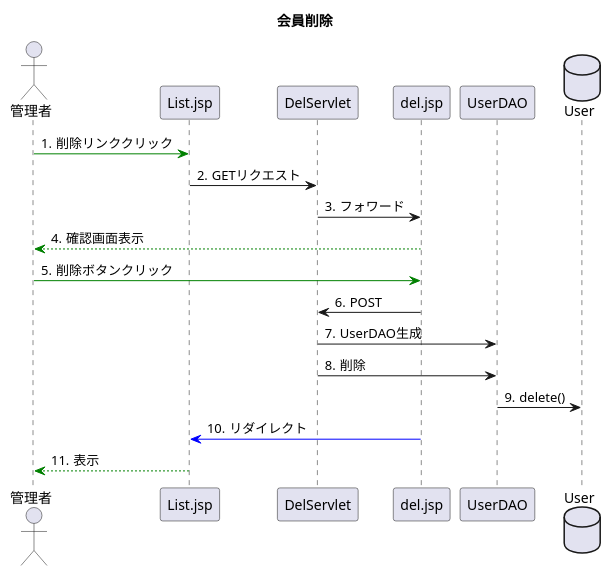
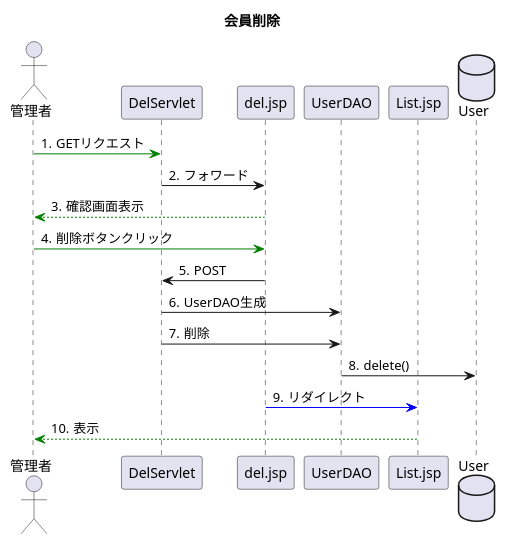
One commit to toufu66/ProjectC changed the diagram in uml_detail/seq_del.pu. Above: the diagram before and after it, drawn with PlantUML.

Commit message:
詳細シーケンス

```diff
--- a/uml_detail/seq_del.pu
+++ b/uml_detail/seq_del.pu
@@ -1,19 +1,18 @@
 @startuml
 title 会員削除
 autonumber "#."
 actor 管理者
 database User
 
-管理者 -[#green]> List.jsp:削除リンククリック
-List.jsp ->DelServlet:GETリクエスト
+管理者 -[#green]>DelServlet:GETリクエスト
 DelServlet -> del.jsp:フォワード
 del.jsp --[#green]> 管理者:確認画面表示
 管理者 -[#green]> del.jsp:削除ボタンクリック
 del.jsp -> DelServlet:POST
 DelServlet -> UserDAO:UserDAO生成
 DelServlet -> UserDAO:削除
 UserDAO -> User:delete()
 del.jsp-[#blue]> List.jsp:リダイレクト
 List.jsp --[#green]> 管理者:表示
 database User
 @enduml
```
